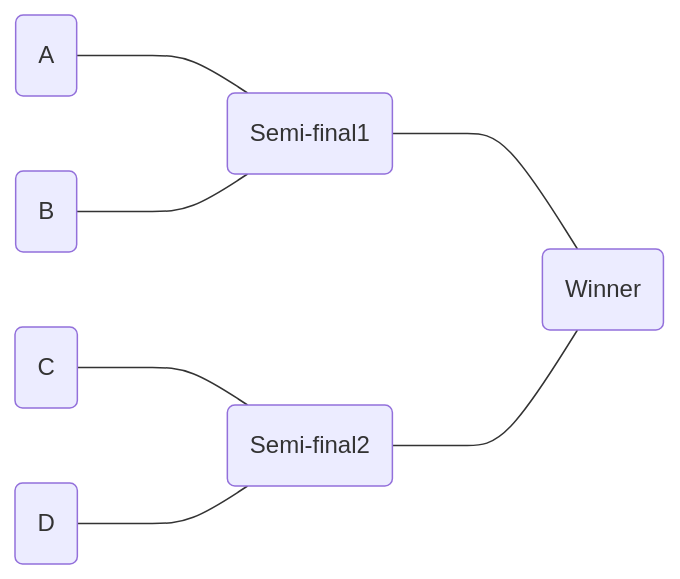
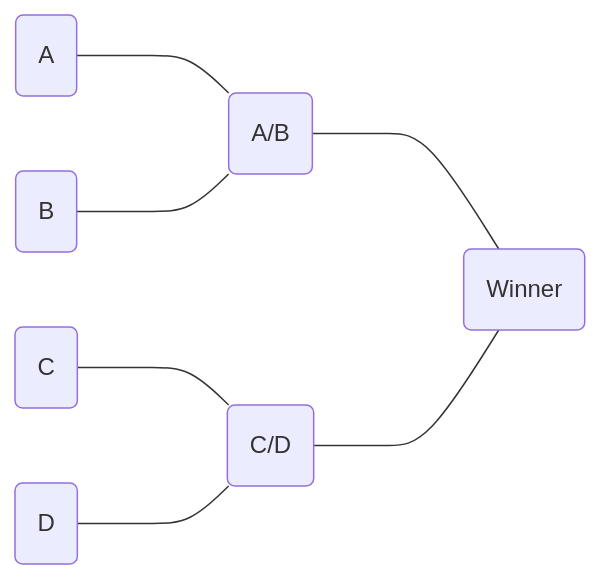
Before and after one commit to vgmda/CompetitionTracker: the diagram in README.md, drawn with Mermaid.

````diff
--- a/README.md
+++ b/README.md
@@ -7,9 +7,9 @@
 ```mermaid
 graph LR;
-A1(A)----Semi-final1(Semi-final1);
-B1(B)----Semi-final1(Semi-final1);
-C1(C)----Semi-final2(Semi-final2);
-D1(D)----Semi-final2(Semi-final2);
-Semi-final1(Semi-final1)----Winner(Winner);
-Semi-final2(Semi-final2)----Winner(Winner);
+A1(A)----A/B(A/B);
+B1(B)----A/B(A/B);
+C1(C)----C/D(C/D);
+D1(D)----C/D(C/D);
+A/B(A/B)----Winner(Winner);
+C/D(C/D)----Winner(Winner);
 ```
````
